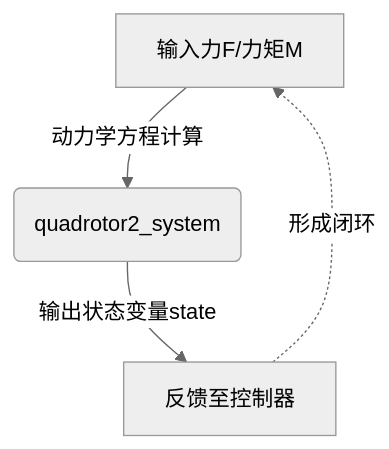
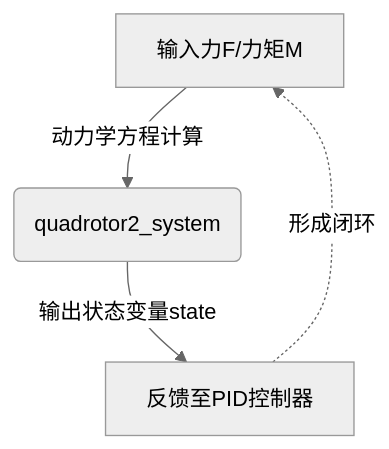
Before and after one commit to chao-8xx/stackedit-app-data: the diagram in 基于PID的四旋翼无人机轨迹跟踪控制.md, drawn with Mermaid (neutral theme). The commit also changed other lines of this file, not shown here.

Commit message:
基于PID的四旋翼无人机轨迹跟踪控制.md updated from https://stackedit.cn/

````diff
--- a/基于PID的四旋翼无人机轨迹跟踪控制.md
+++ b/基于PID的四旋翼无人机轨迹跟踪控制.md
@@ -62,6 +62,6 @@
   ```mermaid
 graph TB
     A[输入力F/力矩M] -->|动力学方程计算| B(quadrotor2_system)
-    B -->|输出状态变量state| C[反馈至控制器]
+    B -->|输出状态变量state| C[反馈至PID控制器]
     C -.->|形成闭环| A
 ```
````
